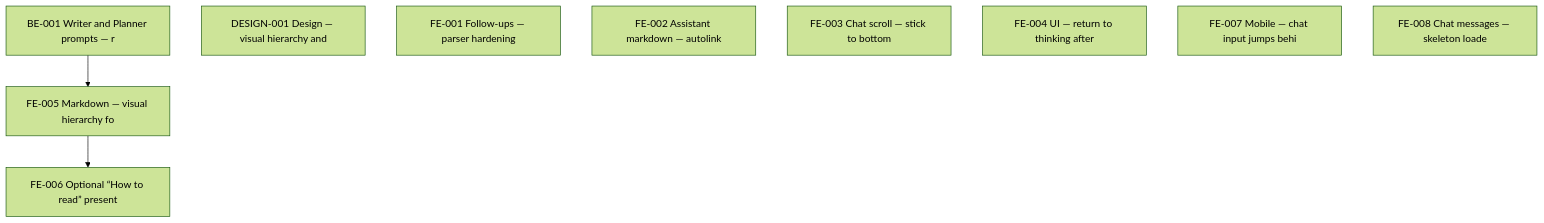
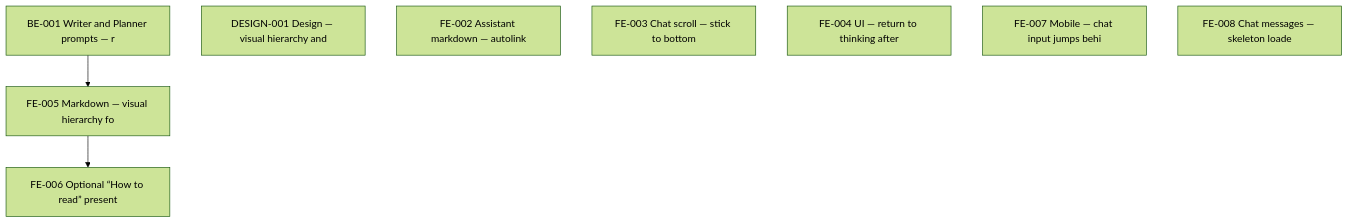
One commit to admariner/data-ai-chatbot changed the diagram in TODO/README.md. Above: the diagram before and after it, drawn with Mermaid (forest theme). The commit also changed other lines of this file and 5 other files, not shown here.

First line of the commit message:
feat(frontend): FE-001 follow-up parser tests and suggestion chips

````diff
--- a/TODO/README.md
+++ b/TODO/README.md
@@ -24,15 +32,14 @@
 ```mermaid
 flowchart TB
   BE001["BE-001 Writer and Planner prompts — r"]
   DESIGN001["DESIGN-001 Design — visual hierarchy and "]
-  FE001["FE-001 Follow-ups — parser hardening "]
   FE002["FE-002 Assistant markdown — autolink "]
   FE003["FE-003 Chat scroll — stick to bottom "]
   FE004["FE-004 UI — return to thinking after "]
   FE005["FE-005 Markdown — visual hierarchy fo"]
   FE006["FE-006 Optional “How to read” present"]
   FE007["FE-007 Mobile — chat input jumps behi"]
   FE008["FE-008 Chat messages — skeleton loade"]
   BE001 --> FE005
   FE005 --> FE006
 ```
````
